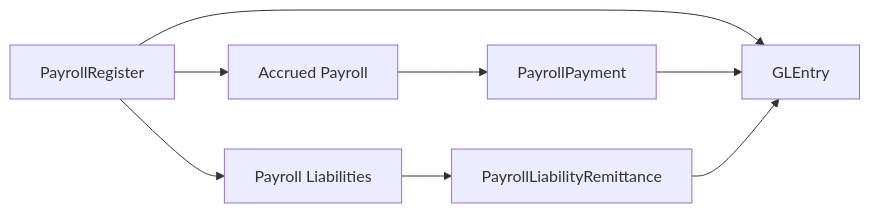
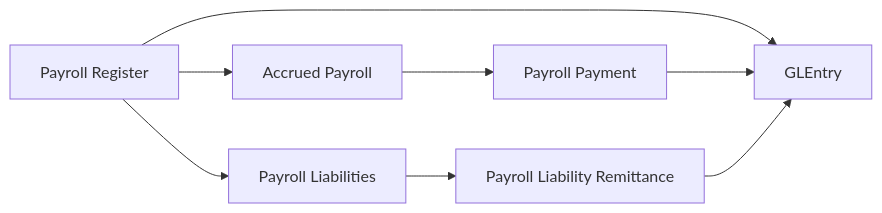
The fourth of 6 diagrams in docs/processes/payroll.md (mmcodesso/greenfield_database), drawn with Mermaid before and after one commit. The commit also changed other lines of this file and 6 other files, not shown here.

````diff
--- a/docs/processes/payroll.md
+++ b/docs/processes/payroll.md
@@ -173,15 +172,15 @@
 ```mermaid
 flowchart LR
-    PR[PayrollRegister]
+    PR[Payroll Register]
     NET[Accrued Payroll]
     TAX[Payroll Liabilities]
-    PAY[PayrollPayment]
-    REM[PayrollLiabilityRemittance]
+    PAY[Payroll Payment]
+    REM[Payroll Liability Remittance]
     GL[GLEntry]
 
     PR --> NET --> PAY
     PR --> TAX --> REM
     PR --> GL
     PAY --> GL
     REM --> GL
 ```
````
